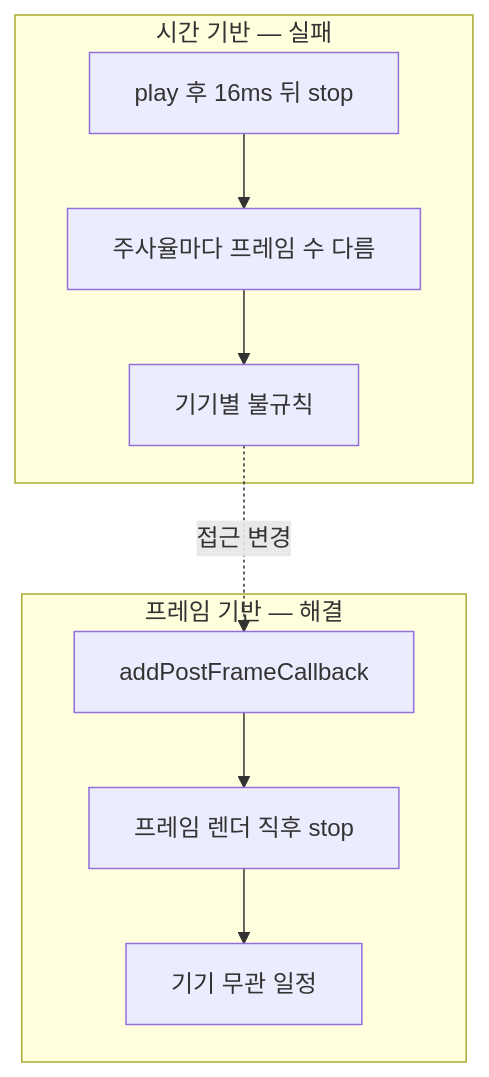
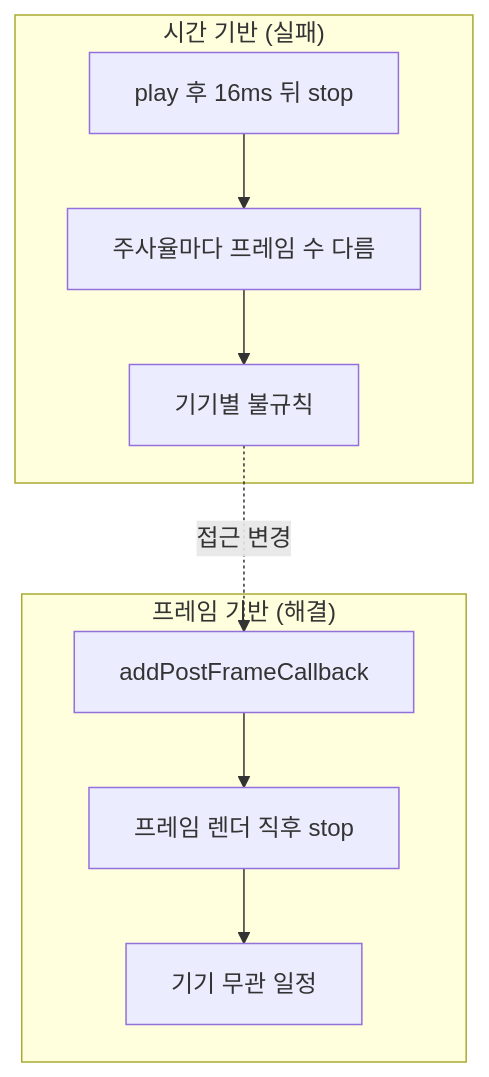
The third of 3 diagrams in carsub/README.md (thdwjdrl401/dev_retrospective), drawn with Mermaid before and after one commit. The commit also changed other lines of this file and 5 other files, not shown here.

````diff
--- a/carsub/README.md
+++ b/carsub/README.md
@@ -81,10 +81,10 @@
 ```mermaid
 flowchart TB
-  subgraph T ["시간 기반 — 실패"]
+  subgraph T ["시간 기반 (실패)"]
     T1["play 후 16ms 뒤 stop"] --> T2["주사율마다 프레임 수 다름"] --> T3["기기별 불규칙"]
   end
-  subgraph F ["프레임 기반 — 해결"]
+  subgraph F ["프레임 기반 (해결)"]
     F1["addPostFrameCallback"] --> F2["프레임 렌더 직후 stop"] --> F3["기기 무관 일정"]
   end
   T3 -. 접근 변경 .-> F1
 ```
````
